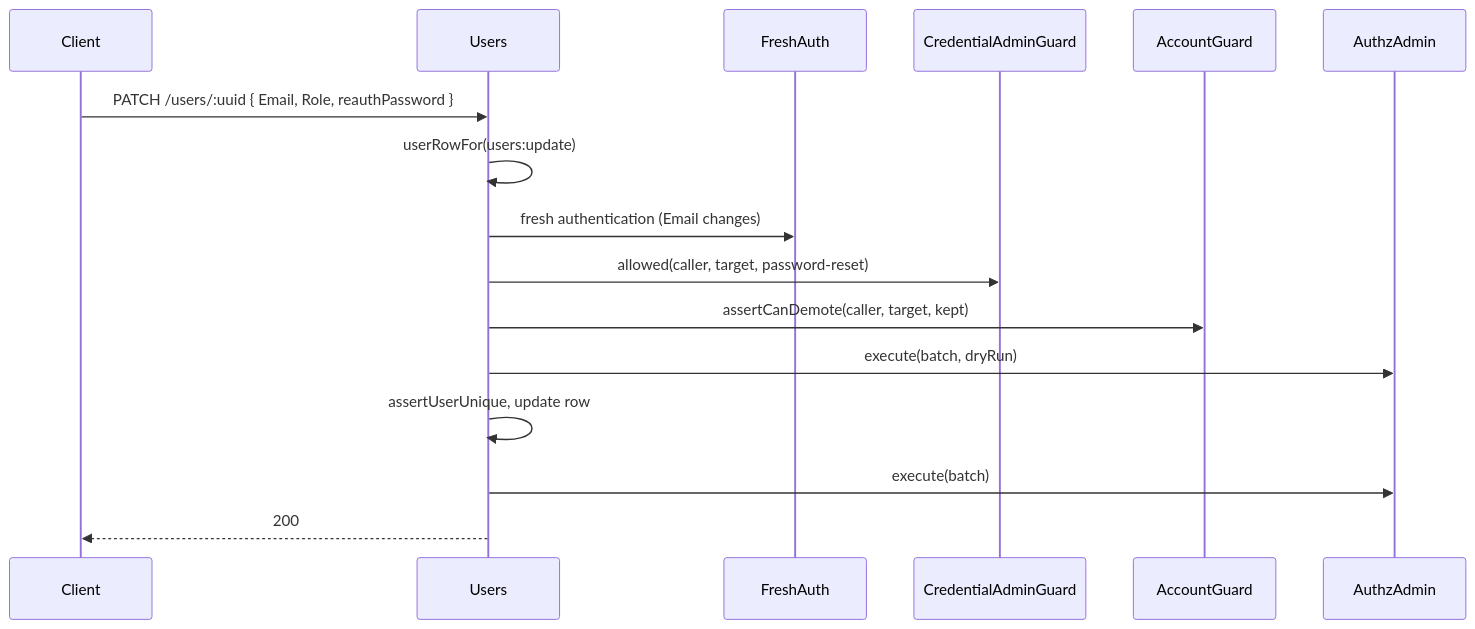
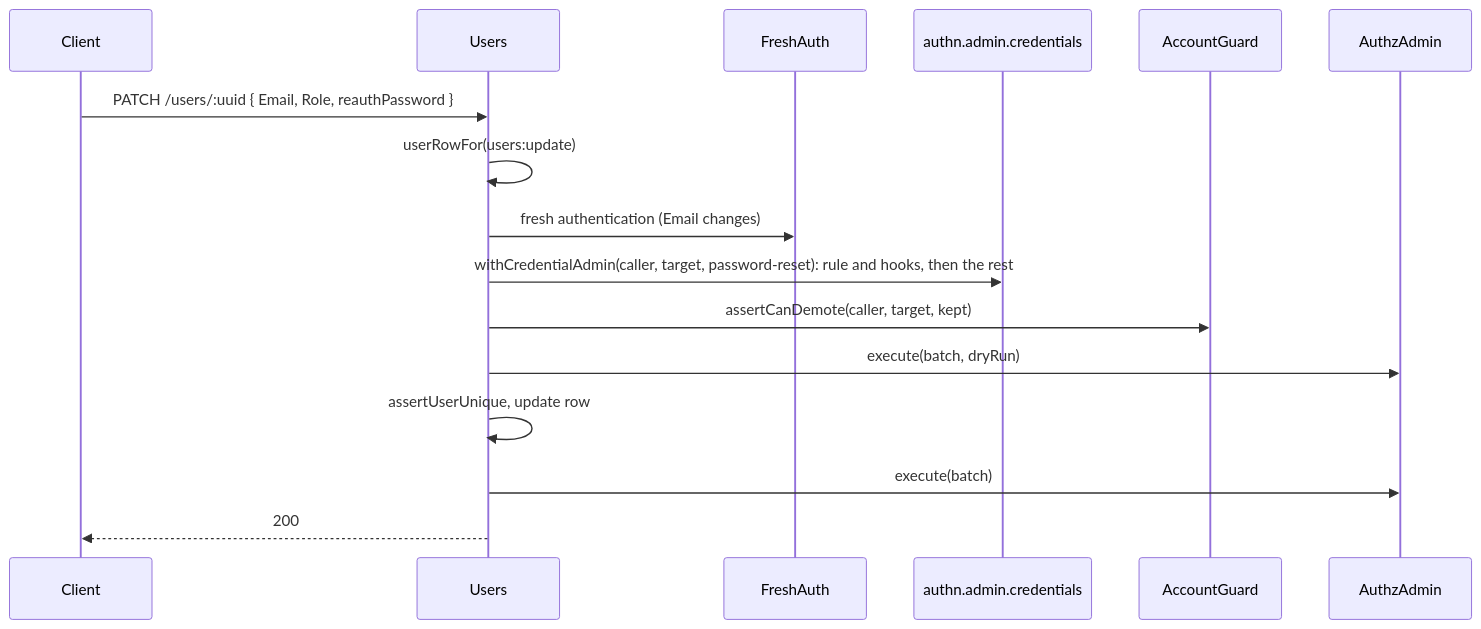
The diagram in docs/users-http/06-user-administration.md (spinajs/main), drawn with Mermaid before and after one commit. The commit also changed other lines of this file and 29 other files, not shown here.

First line of the commit message:
docs: the credential admin rule, the account disable hook, the registration mail hook and the token profile hook

````diff
--- a/docs/users-http/06-user-administration.md
+++ b/docs/users-http/06-user-administration.md
@@ -67,18 +67,18 @@
 ```mermaid
 sequenceDiagram
   participant C as Client
   participant U as Users
   participant F as FreshAuth
-  participant G as CredentialAdminGuard
+  participant G as authn.admin.credentials
   participant A as AccountGuard
   participant Z as AuthzAdmin
   C->>U: PATCH /users/:uuid { Email, Role, reauthPassword }
   U->>U: userRowFor(users:update)
   U->>F: fresh authentication (Email changes)
-  U->>G: allowed(caller, target, password-reset)
+  U->>G: withCredentialAdmin(caller, target, password-reset): rule and hooks, then the rest
   U->>A: assertCanDemote(caller, target, kept)
   U->>Z: execute(batch, dryRun)
   U->>U: assertUserUnique, update row
   U->>Z: execute(batch)
   U-->>C: 200
 ```
````
